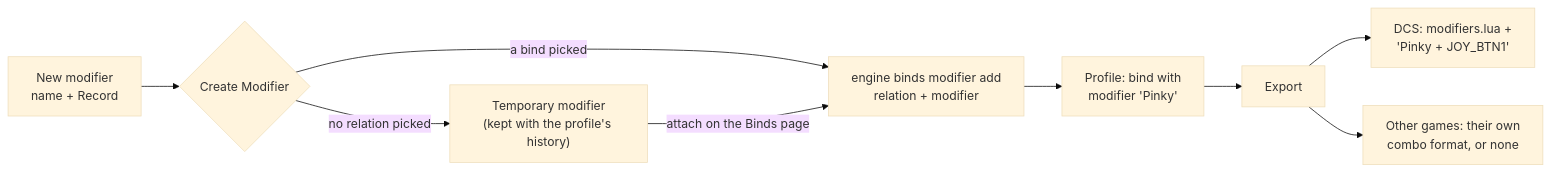
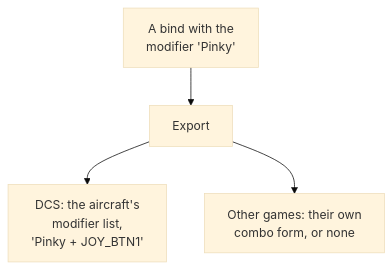
One commit to Holdi601/JoystickProfiler2 changed the second of 2 diagrams in website/content/gui/modifiers.md. Above: the diagram before and after it, drawn with Mermaid (base theme). The commit also changed other lines of this file and 718 other files, not shown here.

````diff
--- a/website/content/gui/modifiers.md
+++ b/website/content/gui/modifiers.md
@@ -66,11 +79,7 @@
 ```mermaid
-flowchart LR
-  N["New modifier<br/>name + Record"] --> C{"Create Modifier"}
-  C -->|"no relation picked"| T["Temporary modifier<br/>(kept with the profile's history)"]
-  C -->|"a bind picked"| A["engine binds modifier add<br/>relation + modifier"]
-  T -->|"attach on the Binds page"| A
-  A --> P["Profile: bind with<br/>modifier 'Pinky'"]
-  P --> E["Export"]
-  E --> D["DCS: modifiers.lua +<br/>'Pinky + JOY_BTN1'"]
-  E --> O["Other games: their own<br/>combo format, or none"]
+flowchart TD
+  P["A bind with the<br/>modifier 'Pinky'"] --> E["Export"]
+  E --> D["DCS: the aircraft's<br/>modifier list,<br/>'Pinky + JOY_BTN1'"]
+  E --> O["Other games: their own<br/>combo form, or none"]
+%% caption: Each game gets the modifier in its own form. A game without modifiers gets the bind without it.
 ```
````
